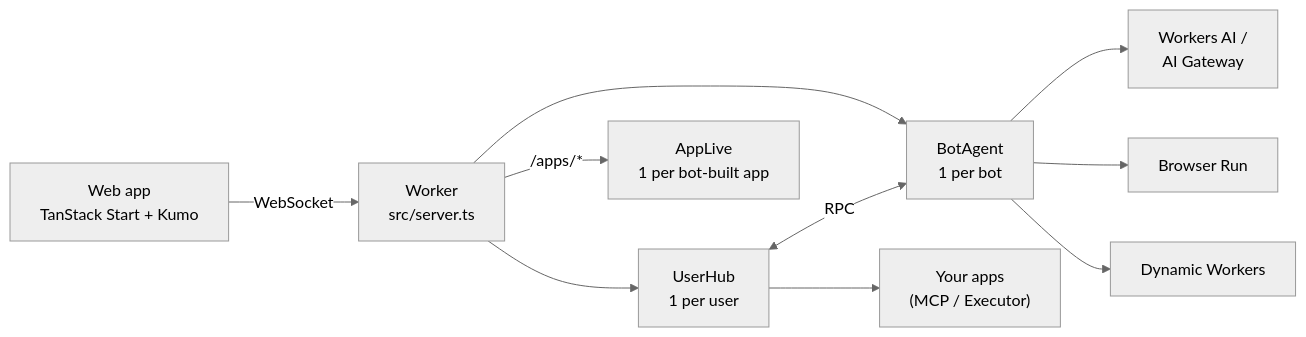
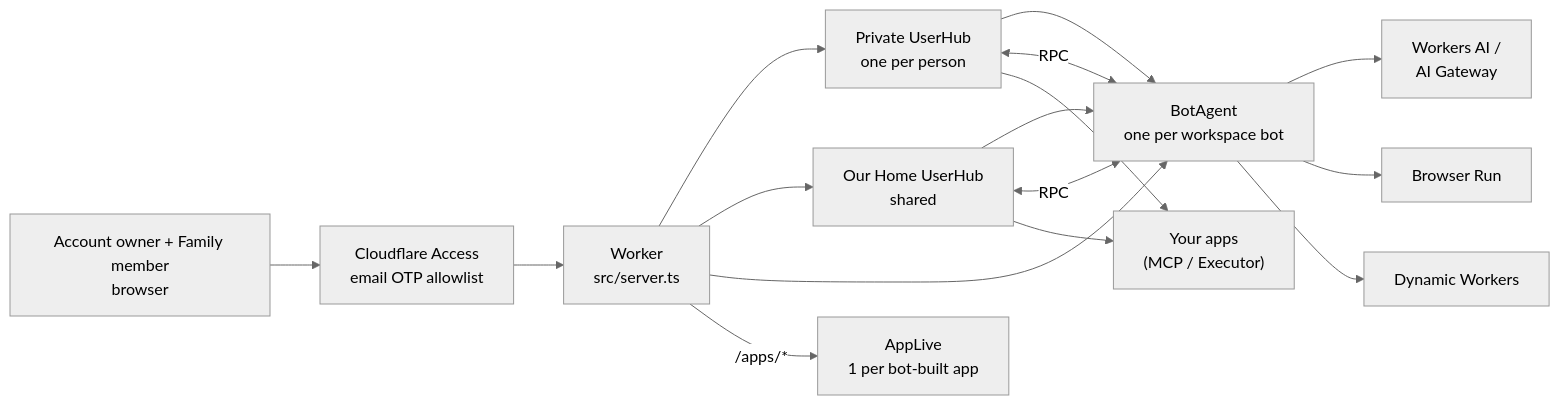
The first of 3 diagrams in README.md (bharath31/coworkers), drawn with Mermaid (neutral theme) before and after one commit. The commit also changed other lines of this file and 1 other file, not shown here.

Commit message:
Document Alfred workspace security and milestones

````diff
--- a/README.md
+++ b/README.md
@@ -22,19 +22,26 @@
 ```mermaid
 flowchart LR
-  UI["Web app<br/>TanStack Start + Kumo"]
+  UI["Account owner + Family member<br/>browser"]
+  Access["Cloudflare Access<br/>email OTP allowlist"]
   W["Worker<br/>src/server.ts"]
-  Hub["UserHub<br/>1 per user"]
-  Bot["BotAgent<br/>1 per bot"]
+  Private["Private UserHub<br/>one per person"]
+  Home["Our Home UserHub<br/>shared"]
+  Bot["BotAgent<br/>one per workspace bot"]
   Live["AppLive<br/>1 per bot-built app"]
 
-  UI -- "WebSocket" --> W
-  W --> Hub
+  UI --> Access --> W
+  W --> Private
+  W --> Home
+  Private --> Bot
+  Home --> Bot
   W --> Bot
   W -- "/apps/*" --> Live
-  Hub <-- "RPC" --> Bot
+  Private <-- "RPC" --> Bot
+  Home <-- "RPC" --> Bot
 
   Bot --> AI["Workers AI /<br/>AI Gateway"]
   Bot --> BR["Browser Run"]
   Bot --> DW["Dynamic Workers"]
-  Hub --> MCP["Your apps<br/>(MCP / Executor)"]
+  Private --> MCP["Your apps<br/>(MCP / Executor)"]
+  Home --> MCP
 ```
````
